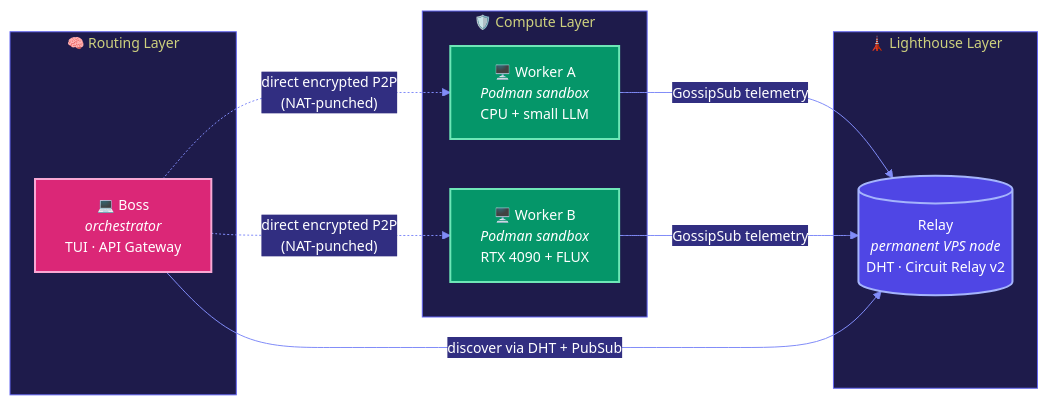
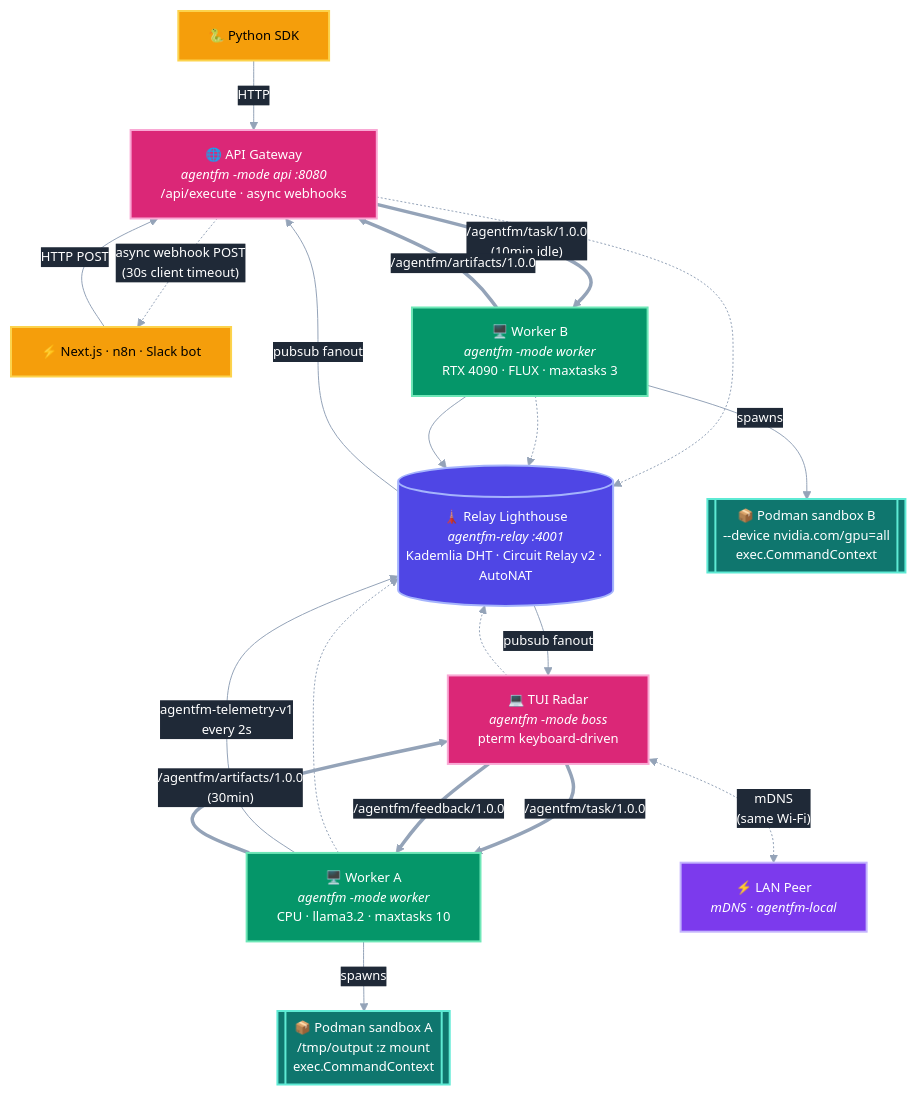
One commit to Agent-FM/agentfm-core changed the diagram in README.md. Above: the diagram before and after it, drawn with Mermaid. The commit also changed other lines of this file, not shown here.

````diff
--- a/README.md
+++ b/README.md
@@ -96,41 +96,81 @@
 ```mermaid
 %%{init: {'theme':'base', 'themeVariables': {
   'primaryColor':'#4F46E5',
   'primaryTextColor':'#FFFFFF',
   'primaryBorderColor':'#A5B4FC',
-  'lineColor':'#818CF8',
-  'secondaryColor':'#6366F1',
-  'tertiaryColor':'#312E81',
-  'clusterBkg':'#1E1B4B',
-  'clusterBorder':'#6366F1',
-  'edgeLabelBackground':'#312E81',
+  'lineColor':'#94A3B8',
+  'textColor':'#E5E7EB',
+  'edgeLabelBackground':'#1F2937',
+  'tertiaryColor':'#1F2937',
   'fontFamily':'ui-sans-serif, system-ui, sans-serif',
-  'fontSize':'14px'
+  'fontSize':'13px'
 }}}%%
-flowchart LR
-    subgraph LIGHT["🗼 Lighthouse Layer"]
-        R[("Relay<br/><i>permanent VPS node</i><br/>DHT · Circuit Relay v2")]
-    end
+flowchart TB
+    %% --- External consumers ---
+    C1["🐍 Python SDK"]
+    C2["⚡ Next.js · n8n · Slack bot"]
 
-    subgraph ROUTE["🧠 Routing Layer"]
-        B["💻 Boss<br/><i>orchestrator</i><br/>TUI · API Gateway"]
-    end
+    %% --- Lighthouse ---
+    R[("🗼 Relay Lighthouse<br/><i>agentfm-relay :4001</i><br/>Kademlia DHT · Circuit Relay v2 · AutoNAT")]
 
-    subgraph COMPUTE["🛡️ Compute Layer"]
-        W1["🖥️ Worker A<br/><i>Podman sandbox</i><br/>CPU + small LLM"]
-        W2["🖥️ Worker B<br/><i>Podman sandbox</i><br/>RTX 4090 + FLUX"]
-    end
+    %% --- Boss variants (same binary, different -mode) ---
+    BA["🌐 API Gateway<br/><i>agentfm -mode api :8080</i><br/>/api/execute · async webhooks"]
+    BT["💻 TUI Radar<br/><i>agentfm -mode boss</i><br/>pterm keyboard-driven"]
 
-    W1 -- GossipSub telemetry --> R
-    W2 -- GossipSub telemetry --> R
-    B -- discover via DHT + PubSub --> R
-    B -.->|"direct encrypted P2P<br/>(NAT-punched)"| W1
-    B -.->|"direct encrypted P2P<br/>(NAT-punched)"| W2
+    %% --- Workers ---
+    W1["🖥️ Worker A<br/><i>agentfm -mode worker</i><br/>CPU · llama3.2 · maxtasks 10"]
+    W2["🖥️ Worker B<br/><i>agentfm -mode worker</i><br/>RTX 4090 · FLUX · maxtasks 3"]
 
-    classDef relay    fill:#4F46E5,stroke:#A5B4FC,stroke-width:2px,color:#FFFFFF
-    classDef boss     fill:#DB2777,stroke:#F9A8D4,stroke-width:2px,color:#FFFFFF
-    classDef worker   fill:#059669,stroke:#6EE7B7,stroke-width:2px,color:#FFFFFF
+    %% --- Podman sandboxes (ephemeral, per-task) ---
+    S1[["📦 Podman sandbox A<br/>/tmp/output :z mount<br/>exec.CommandContext"]]
+    S2[["📦 Podman sandbox B<br/>--device nvidia.com/gpu=all<br/>exec.CommandContext"]]
+
+    %% --- LAN peer via mDNS ---
+    LAN["⚡ LAN Peer<br/><i>mDNS · agentfm-local</i>"]
+
+    %% === Consumer → Boss API ===
+    C1 -->|HTTP| BA
+    C2 -->|HTTP POST| BA
+    BA -.->|"async webhook POST<br/>(30s client timeout)"| C2
+
+    %% === Bootstrap dials (control plane) ===
+    BA -.-> R
+    BT -.-> R
+    W1 -.-> R
+    W2 -.-> R
+
+    %% === GossipSub telemetry (continuous 2s pulses) ===
+    W1 -->|"agentfm-telemetry-v1<br/>every 2s"| R
+    W2 --> R
+    R -->|pubsub fanout| BA
+    R -->|pubsub fanout| BT
+
+    %% === Direct P2P streams — the actual work, NAT-punched via Relay ===
+    BA ==>|"/agentfm/task/1.0.0<br/>(10min idle)"| W2
+    BT ==>|"/agentfm/task/1.0.0"| W1
+    W1 ==>|"/agentfm/artifacts/1.0.0<br/>(30min)"| BT
+    W2 ==>|"/agentfm/artifacts/1.0.0"| BA
+    BT ==>|"/agentfm/feedback/1.0.0"| W1
+
+    %% === Worker → Sandbox (per-task, ephemeral) ===
+    W1 -->|"spawns"| S1
+    W2 -->|"spawns"| S2
+
+    %% === mDNS local discovery bypasses the relay ===
+    BT <-.->|"mDNS<br/>(same Wi-Fi)"| LAN
+
+    %% --- Styling ---
+    classDef relay   fill:#4F46E5,stroke:#A5B4FC,stroke-width:2px,color:#FFFFFF
+    classDef boss    fill:#DB2777,stroke:#F9A8D4,stroke-width:2px,color:#FFFFFF
+    classDef worker  fill:#059669,stroke:#6EE7B7,stroke-width:2px,color:#FFFFFF
+    classDef sandbox fill:#0F766E,stroke:#5EEAD4,stroke-width:2px,color:#FFFFFF
+    classDef ext     fill:#F59E0B,stroke:#FCD34D,stroke-width:2px,color:#000000
+    classDef lan     fill:#7C3AED,stroke:#C4B5FD,stroke-width:2px,color:#FFFFFF
+
     class R relay
-    class B boss
+    class BA,BT boss
     class W1,W2 worker
+    class S1,S2 sandbox
+    class C1,C2 ext
+    class LAN lan
 ```
````
